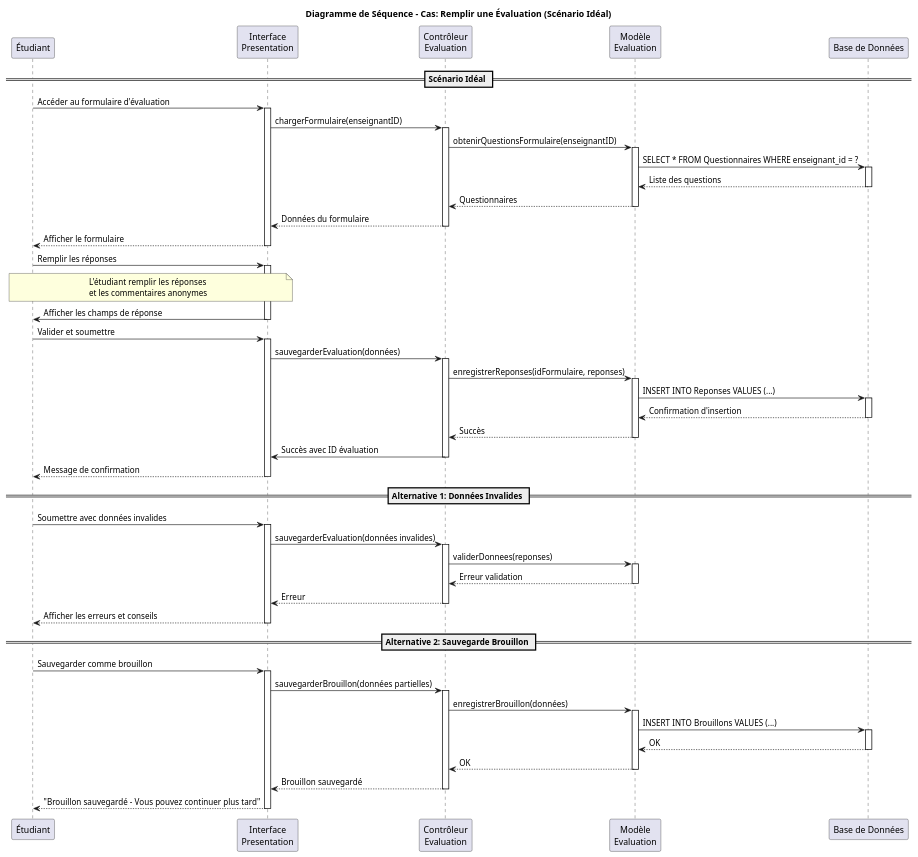
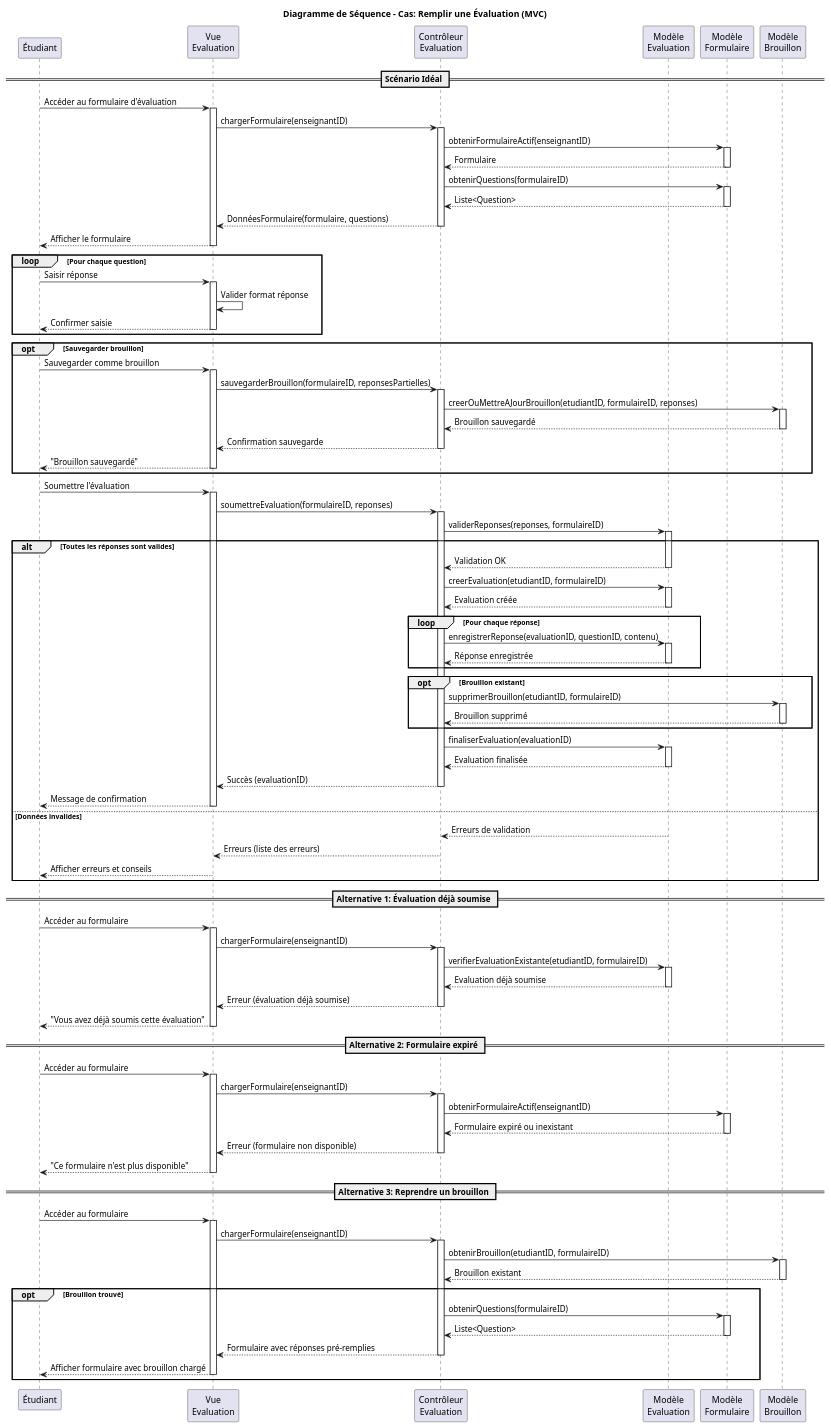
One commit to MehediT/project-mvc-si changed the diagram in 02-sequence-remplir-evaluation.puml. Above: the diagram before and after it, drawn with PlantUML. The commit also changed 2 other files, not shown here.

Commit message:
Refactor sequence diagrams to follow MVC architecture, enhancing clarity and detail for the evaluation and dashboard use cases

```diff
--- a/02-sequence-remplir-evaluation.puml
+++ b/02-sequence-remplir-evaluation.puml
@@ -1,86 +1,167 @@
 @startuml Sequence_Remplir_Evaluation
-title Diagramme de Séquence - Cas: Remplir une Évaluation (Scénario Idéal)
+title Diagramme de Séquence - Cas: Remplir une Évaluation (MVC)
 
 participant "Étudiant" as Etudiant
-participant "Interface\nPresentation" as Presentation
-participant "Contrôleur\nEvaluation" as Controle
-participant "Modèle\nEvaluation" as Model
-participant "Base de Données" as BD
+participant "Vue\nEvaluation" as Vue
+participant "Contrôleur\nEvaluation" as Controleur
+participant "Modèle\nEvaluation" as Modele
+participant "Modèle\nFormulaire" as ModeleForm
+participant "Modèle\nBrouillon" as ModeleBrouillon
 
 == Scénario Idéal ==
-Etudiant -> Presentation: Accéder au formulaire d'évaluation
-activate Presentation
-Presentation -> Controle: chargerFormulaire(enseignantID)
-activate Controle
-Controle -> Model: obtenirQuestionsFormulaire(enseignantID)
-activate Model
-Model -> BD: SELECT * FROM Questionnaires WHERE enseignant_id = ?
-activate BD
-BD --> Model: Liste des questions
-deactivate BD
-Model --> Controle: Questionnaires
-deactivate Model
-Controle --> Presentation: Données du formulaire
-deactivate Controle
-Presentation --> Etudiant: Afficher le formulaire
-deactivate Presentation
 
-Etudiant -> Presentation: Remplir les réponses
-activate Presentation
-note over Etudiant, Presentation
-  L'étudiant remplir les réponses
-  et les commentaires anonymes
-end note
-Presentation -> Etudiant: Afficher les champs de réponse
-deactivate Presentation
+Etudiant -> Vue: Accéder au formulaire d'évaluation
+activate Vue
+Vue -> Controleur: chargerFormulaire(enseignantID)
+activate Controleur
 
-Etudiant -> Presentation: Valider et soumettre
-activate Presentation
-Presentation -> Controle: sauvegarderEvaluation(données)
-activate Controle
-Controle -> Model: enregistrerReponses(idFormulaire, reponses)
-activate Model
-Model -> BD: INSERT INTO Reponses VALUES (...)
-activate BD
-BD --> Model: Confirmation d'insertion
-deactivate BD
-Model --> Controle: Succès
-deactivate Model
-Controle -> Presentation: Succès avec ID évaluation
-deactivate Controle
-Presentation --> Etudiant: Message de confirmation
-deactivate Presentation
+Controleur -> ModeleForm: obtenirFormulaireActif(enseignantID)
+activate ModeleForm
+ModeleForm --> Controleur: Formulaire
+deactivate ModeleForm
 
-== Alternative 1: Données Invalides ==
-Etudiant -> Presentation: Soumettre avec données invalides
-activate Presentation
-Presentation -> Controle: sauvegarderEvaluation(données invalides)
-activate Controle
-Controle -> Model: validerDonnees(reponses)
-activate Model
-Model --> Controle: Erreur validation
-deactivate Model
-Controle --> Presentation: Erreur
-deactivate Controle
-Presentation --> Etudiant: Afficher les erreurs et conseils
-deactivate Presentation
+Controleur -> ModeleForm: obtenirQuestions(formulaireID)
+activate ModeleForm
+ModeleForm --> Controleur: Liste<Question>
+deactivate ModeleForm
 
-== Alternative 2: Sauvegarde Brouillon ==
-Etudiant -> Presentation: Sauvegarder comme brouillon
-activate Presentation
-Presentation -> Controle: sauvegarderBrouillon(données partielles)
-activate Controle
-Controle -> Model: enregistrerBrouillon(données)
-activate Model
-Model -> BD: INSERT INTO Brouillons VALUES (...)
-activate BD
-BD --> Model: OK
-deactivate BD
-Model --> Controle: OK
-deactivate Model
-Controle --> Presentation: Brouillon sauvegardé
-deactivate Controle
-Presentation --> Etudiant: "Brouillon sauvegardé - Vous pouvez continuer plus tard"
-deactivate Presentation
+Controleur --> Vue: DonnéesFormulaire(formulaire, questions)
+deactivate Controleur
+Vue --> Etudiant: Afficher le formulaire
+deactivate Vue
+
+loop Pour chaque question
+    Etudiant -> Vue: Saisir réponse
+    activate Vue
+    Vue -> Vue: Valider format réponse
+    Vue --> Etudiant: Confirmer saisie
+    deactivate Vue
+end
+
+opt Sauvegarder brouillon
+    Etudiant -> Vue: Sauvegarder comme brouillon
+    activate Vue
+    Vue -> Controleur: sauvegarderBrouillon(formulaireID, reponsesPartielles)
+    activate Controleur
+    
+    Controleur -> ModeleBrouillon: creerOuMettreAJourBrouillon(etudiantID, formulaireID, reponses)
+    activate ModeleBrouillon
+    ModeleBrouillon --> Controleur: Brouillon sauvegardé
+    deactivate ModeleBrouillon
+    
+    Controleur --> Vue: Confirmation sauvegarde
+    deactivate Controleur
+    Vue --> Etudiant: "Brouillon sauvegardé"
+    deactivate Vue
+end
+
+Etudiant -> Vue: Soumettre l'évaluation
+activate Vue
+Vue -> Controleur: soumettreEvaluation(formulaireID, reponses)
+activate Controleur
+
+Controleur -> Modele: validerReponses(reponses, formulaireID)
+activate Modele
+
+alt Toutes les réponses sont valides
+    Modele --> Controleur: Validation OK
+    deactivate Modele
+    
+    Controleur -> Modele: creerEvaluation(etudiantID, formulaireID)
+    activate Modele
+    Modele --> Controleur: Evaluation créée
+    deactivate Modele
+    
+    loop Pour chaque réponse
+        Controleur -> Modele: enregistrerReponse(evaluationID, questionID, contenu)
+        activate Modele
+        Modele --> Controleur: Réponse enregistrée
+        deactivate Modele
+    end
+    
+    opt Brouillon existant
+        Controleur -> ModeleBrouillon: supprimerBrouillon(etudiantID, formulaireID)
+        activate ModeleBrouillon
+        ModeleBrouillon --> Controleur: Brouillon supprimé
+        deactivate ModeleBrouillon
+    end
+    
+    Controleur -> Modele: finaliserEvaluation(evaluationID)
+    activate Modele
+    Modele --> Controleur: Evaluation finalisée
+    deactivate Modele
+    
+    Controleur --> Vue: Succès (evaluationID)
+    deactivate Controleur
+    Vue --> Etudiant: Message de confirmation
+    deactivate Vue
+
+else Données invalides
+    Modele --> Controleur: Erreurs de validation
+    deactivate Modele
+    
+    Controleur --> Vue: Erreurs (liste des erreurs)
+    deactivate Controleur
+    Vue --> Etudiant: Afficher erreurs et conseils
+    deactivate Vue
+end
+
+== Alternative 1: Évaluation déjà soumise ==
+
+Etudiant -> Vue: Accéder au formulaire
+activate Vue
+Vue -> Controleur: chargerFormulaire(enseignantID)
+activate Controleur
+
+Controleur -> Modele: verifierEvaluationExistante(etudiantID, formulaireID)
+activate Modele
+Modele --> Controleur: Evaluation déjà soumise
+deactivate Modele
+
+Controleur --> Vue: Erreur (évaluation déjà soumise)
+deactivate Controleur
+Vue --> Etudiant: "Vous avez déjà soumis cette évaluation"
+deactivate Vue
+
+== Alternative 2: Formulaire expiré ==
+
+Etudiant -> Vue: Accéder au formulaire
+activate Vue
+Vue -> Controleur: chargerFormulaire(enseignantID)
+activate Controleur
+
+Controleur -> ModeleForm: obtenirFormulaireActif(enseignantID)
+activate ModeleForm
+ModeleForm --> Controleur: Formulaire expiré ou inexistant
+deactivate ModeleForm
+
+Controleur --> Vue: Erreur (formulaire non disponible)
+deactivate Controleur
+Vue --> Etudiant: "Ce formulaire n'est plus disponible"
+deactivate Vue
+
+== Alternative 3: Reprendre un brouillon ==
+
+Etudiant -> Vue: Accéder au formulaire
+activate Vue
+Vue -> Controleur: chargerFormulaire(enseignantID)
+activate Controleur
+
+Controleur -> ModeleBrouillon: obtenirBrouillon(etudiantID, formulaireID)
+activate ModeleBrouillon
+ModeleBrouillon --> Controleur: Brouillon existant
+deactivate ModeleBrouillon
+
+opt Brouillon trouvé
+    Controleur -> ModeleForm: obtenirQuestions(formulaireID)
+    activate ModeleForm
+    ModeleForm --> Controleur: Liste<Question>
+    deactivate ModeleForm
+    
+    Controleur --> Vue: Formulaire avec réponses pré-remplies
+    deactivate Controleur
+    Vue --> Etudiant: Afficher formulaire avec brouillon chargé
+    deactivate Vue
+end
 
 @enduml
```
